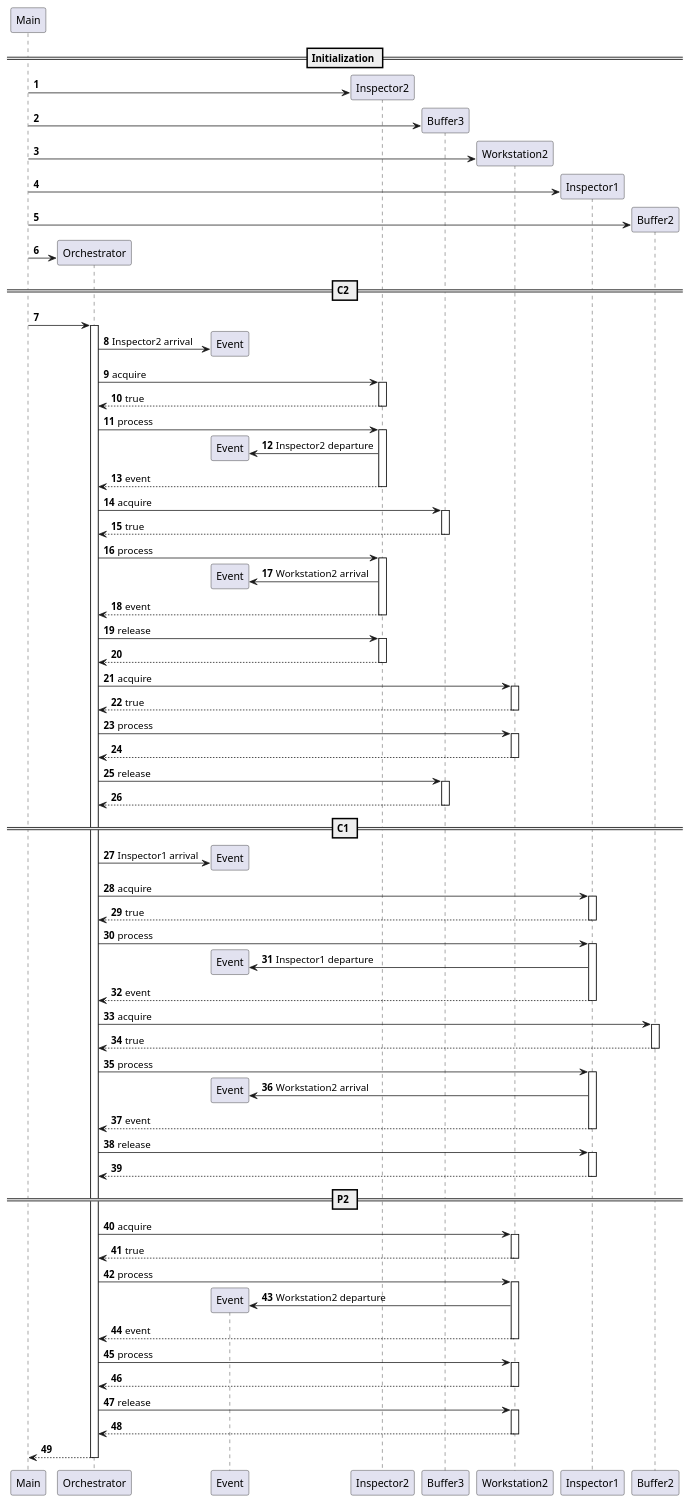
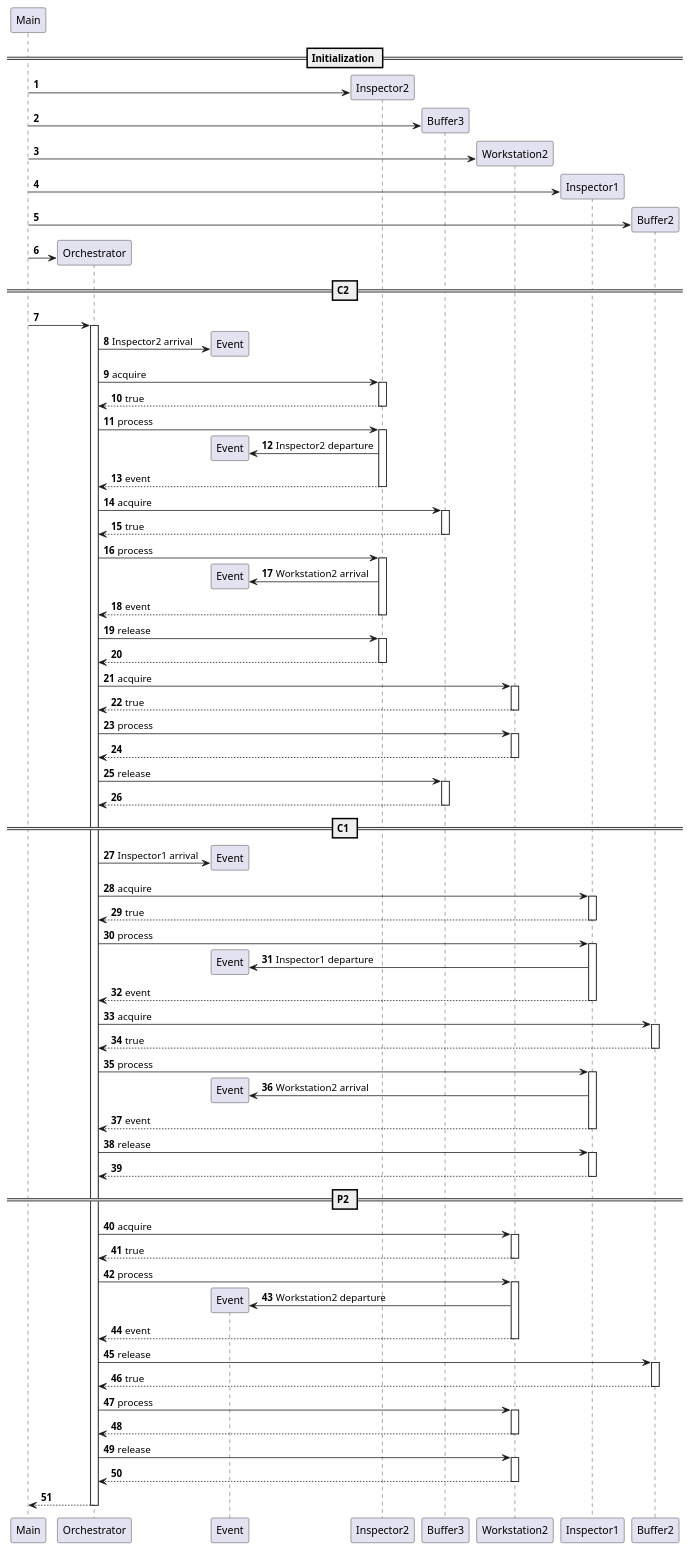
One commit to Daniel-W-Innes/SYSC4005-Project changed the diagram in doc/C2.puml. Above: the diagram before and after it, drawn with PlantUML.

Commit message:
Buffer2 release

```diff
--- a/doc/C2.puml
+++ b/doc/C2.puml
@@ -1,68 +1,70 @@
 @startuml
 'https://plantuml.com/sequence-diagram
 
 autonumber
 participant Main
 participant Orchestrator
 participant Event
 participant Inspector2
 participant Buffer3
 participant Workstation2
 participant Inspector1
 participant Buffer2
 
 == Initialization ==
 Main -> Inspector2 **
 Main -> Buffer3 **
 Main -> Workstation2 **
 Main -> Inspector1 **
 Main -> Buffer2 **
 Main -> Orchestrator **
 == C2 ==
 Main -> Orchestrator ++
 Orchestrator -> Event **: Inspector2 arrival
 Orchestrator -> Inspector2 ++: acquire
 return true
 Orchestrator -> Inspector2 ++: process
 Inspector2 -> Event **: Inspector2 departure
 return event
 Orchestrator -> Buffer3 ++: acquire
 return true
 Orchestrator -> Inspector2 ++: process
 Inspector2 -> Event **: Workstation2 arrival
 return event
 Orchestrator -> Inspector2 ++: release
 return
 Orchestrator -> Workstation2 ++: acquire
 return true
 Orchestrator -> Workstation2 ++: process
 return
 Orchestrator -> Buffer3 ++: release
 return
 == C1 ==
 Orchestrator -> Event **: Inspector1 arrival
 Orchestrator -> Inspector1 ++: acquire
 return true
 Orchestrator -> Inspector1 ++: process
 Inspector1 -> Event **: Inspector1 departure
 return event
 Orchestrator -> Buffer2 ++: acquire
 return true
 Orchestrator -> Inspector1 ++: process
 Inspector1 -> Event **: Workstation2 arrival
 return event
 Orchestrator -> Inspector1 ++: release
 return
 == P2 ==
 Orchestrator -> Workstation2 ++: acquire
 return true
 Orchestrator -> Workstation2 ++: process
 Workstation2 -> Event **: Workstation2 departure
 return event
+Orchestrator -> Buffer2 ++: release
+return true
 Orchestrator -> Workstation2 ++: process
 return
 Orchestrator -> Workstation2 ++: release
 return
 return
 
 @enduml
```
